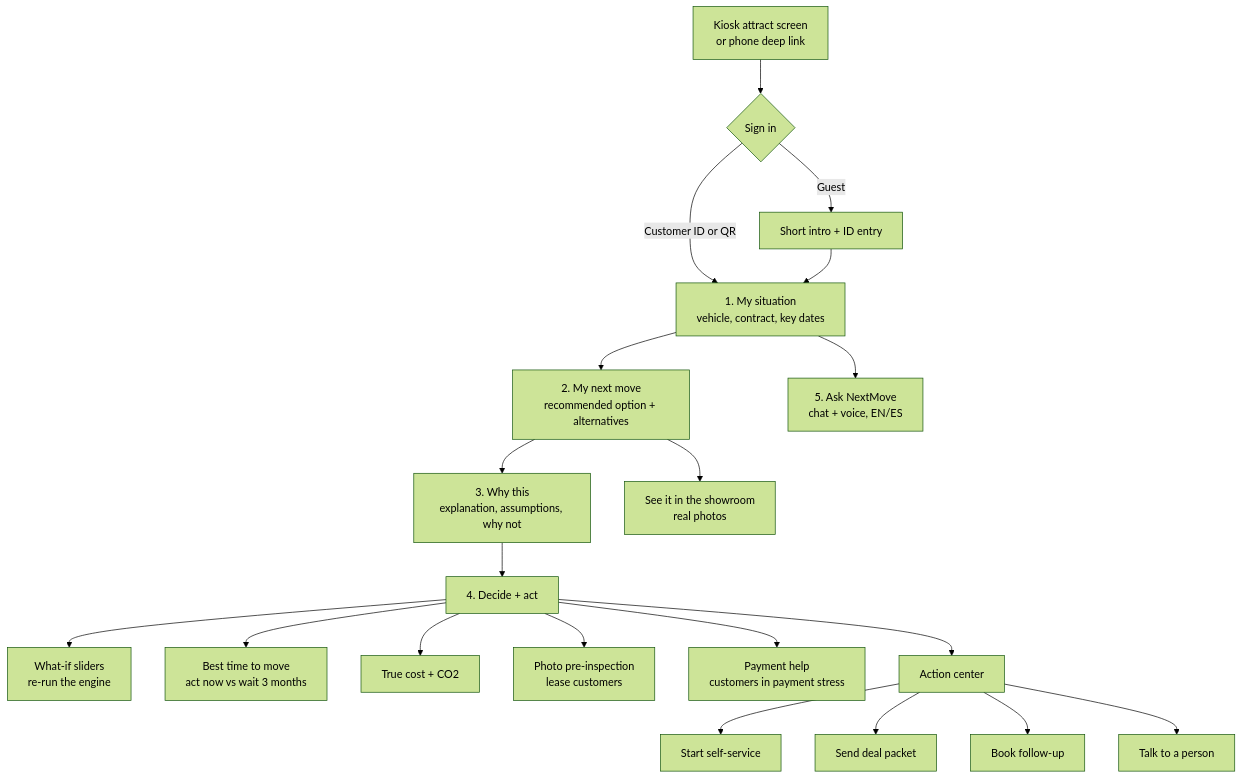
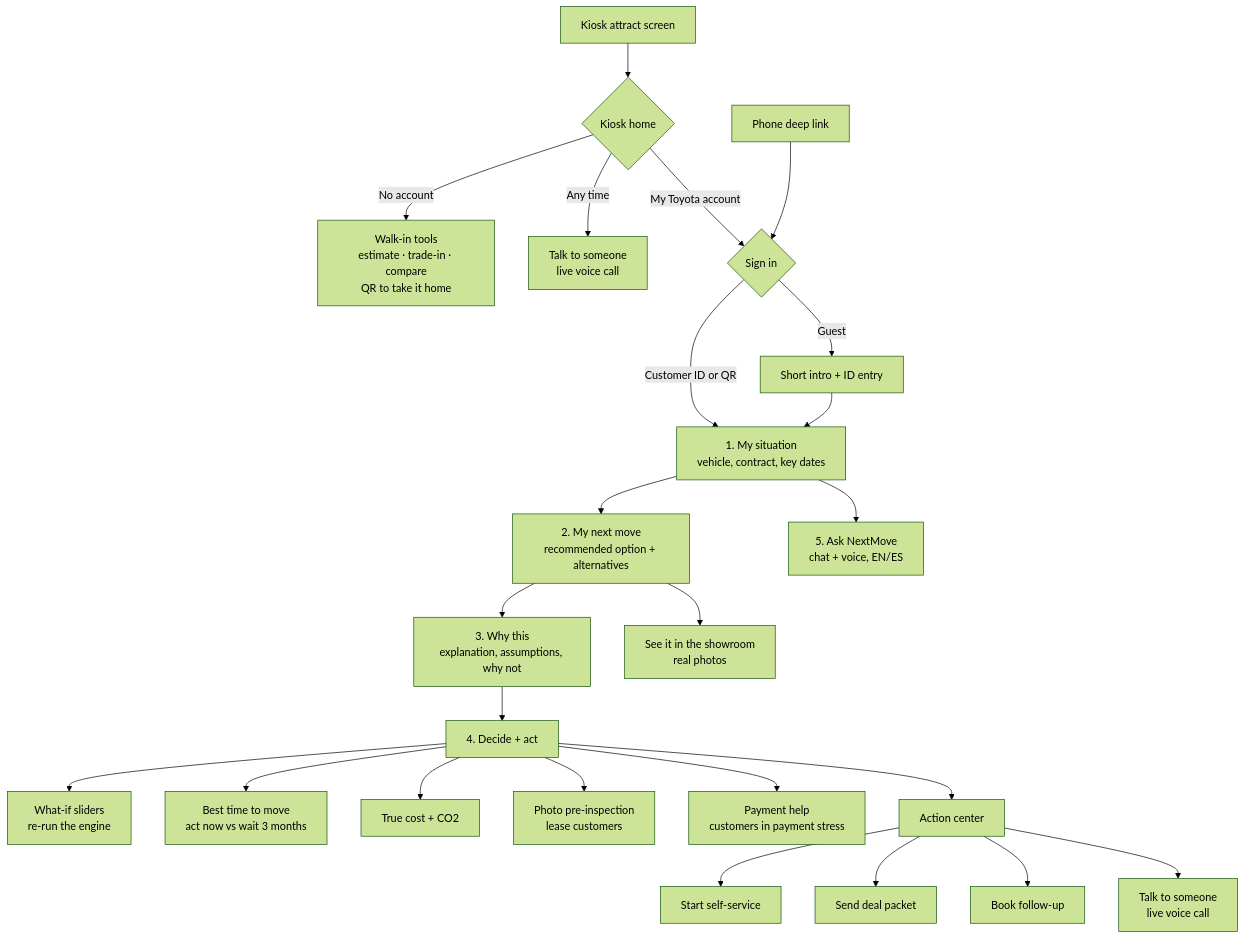
Before and after one commit to vishvacyber/toyota-nextmove: the second of 9 diagrams in README.md, drawn with Mermaid (forest theme). The commit also changed other lines of this file and 40 other files, not shown here.

First line of the commit message:
feat(kiosk): live Gemini voice calls with console takeover, walk-in tools

````diff
--- a/README.md
+++ b/README.md
@@ -144,21 +144,25 @@
 ```mermaid
 flowchart TD
-  A["Kiosk attract screen<br/>or phone deep link"] --> B{"Sign in"}
+  K["Kiosk attract screen"] --> KH{"Kiosk home"}
+  KH -->|"No account"| W["Walk-in tools<br/>estimate · trade-in · compare<br/>QR to take it home"]
+  KH -->|"Any time"| V["Talk to someone<br/>live voice call"]
+  KH -->|"My Toyota account"| B{"Sign in"}
+  A["Phone deep link"] --> B
   B -->|"Customer ID or QR"| C["1. My situation<br/>vehicle, contract, key dates"]
   B -->|"Guest"| G["Short intro + ID entry"] --> C
   C --> D["2. My next move<br/>recommended option + alternatives"]
   D --> E["3. Why this<br/>explanation, assumptions, why not"]
   E --> F["4. Decide + act"]
   F --> F1["What-if sliders<br/>re-run the engine"]
   F --> F2["Best time to move<br/>act now vs wait 3 months"]
   F --> F3["True cost + CO2"]
   F --> F4["Photo pre-inspection<br/>lease customers"]
   F --> F5["Payment help<br/>customers in payment stress"]
   F --> F6["Action center"]
   F6 --> X1["Start self-service"]
   F6 --> X2["Send deal packet"]
   F6 --> X3["Book follow-up"]
-  F6 --> X4["Talk to a person"]
+  F6 --> X4["Talk to someone<br/>live voice call"]
   D --> S["See it in the showroom<br/>real photos"]
   C --> H["5. Ask NextMove<br/>chat + voice, EN/ES"]
 ```
````
